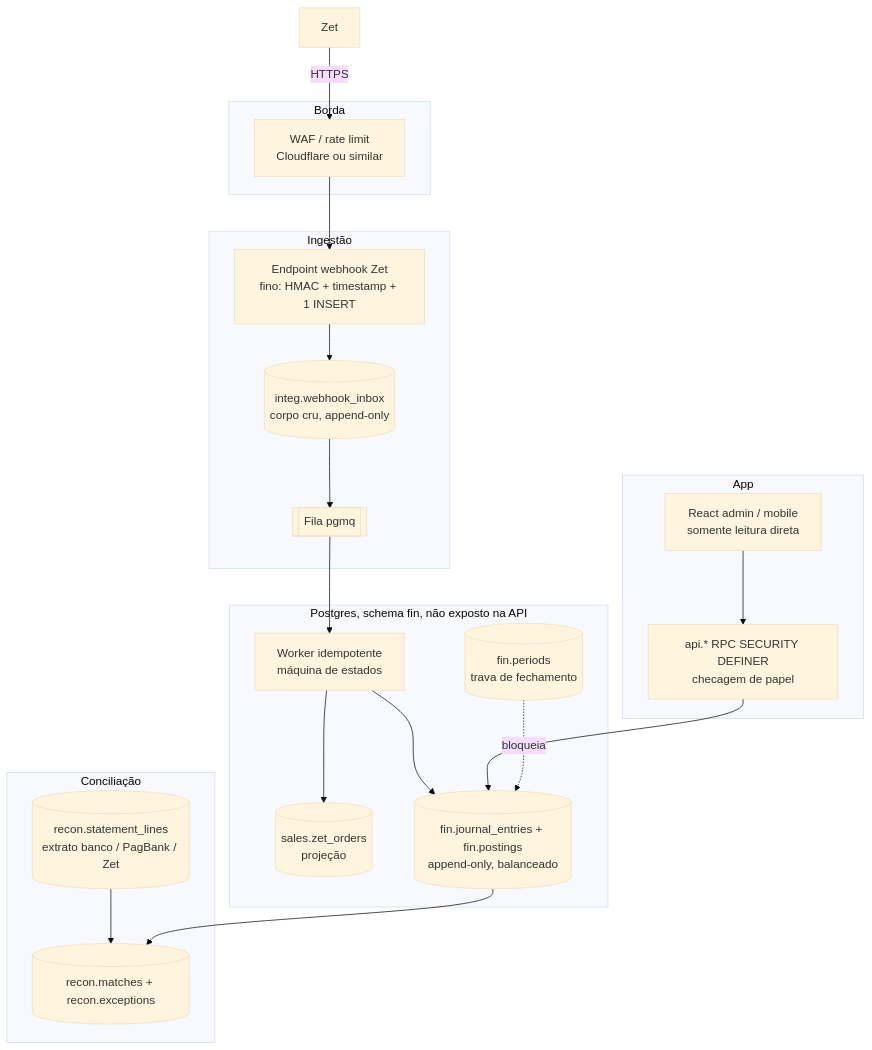
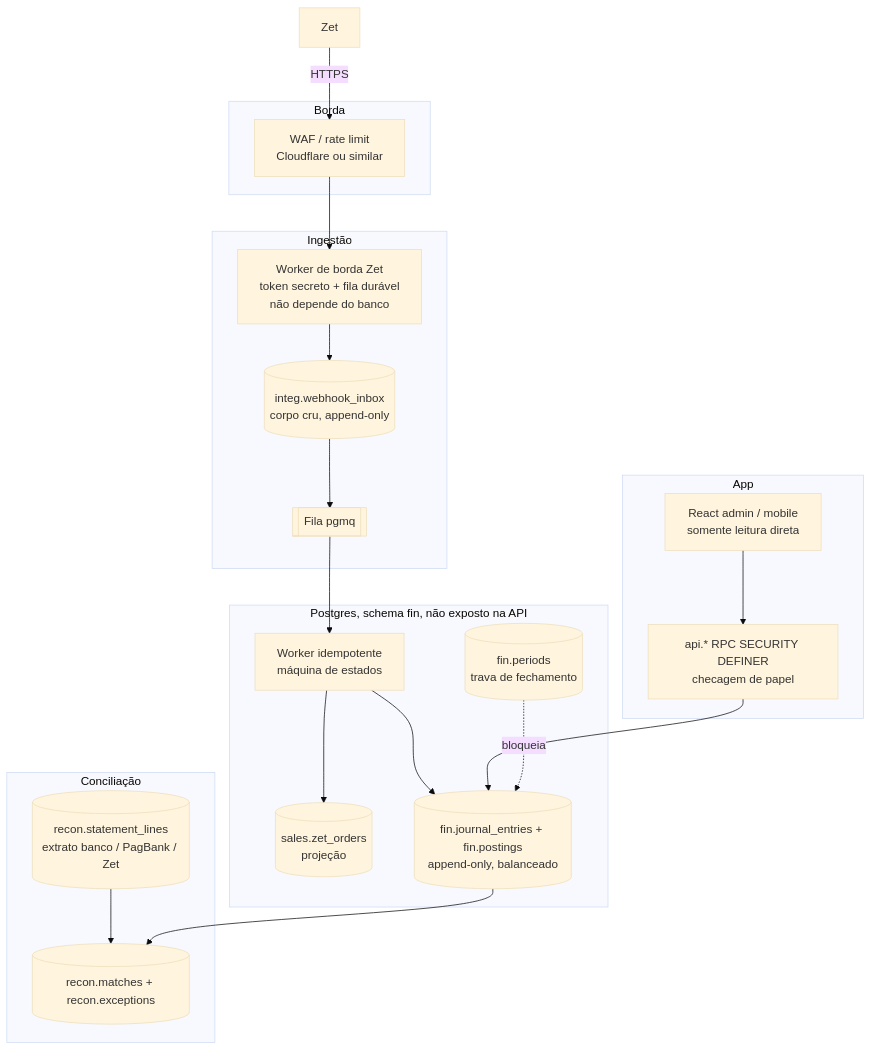
Before and after one commit to rcarvalhocwb/Novo-ruai: the diagram in docs/analise-iluminadarua2025/03-ARQUITETURA-ALVO.md, drawn with Mermaid (base theme). The commit also changed other lines of this file and 8 other files, not shown here.

````diff
--- a/docs/analise-iluminadarua2025/03-ARQUITETURA-ALVO.md
+++ b/docs/analise-iluminadarua2025/03-ARQUITETURA-ALVO.md
@@ -7,32 +7,32 @@
 ```mermaid
 flowchart TB
   subgraph Borda
     CF[WAF / rate limit<br/>Cloudflare ou similar]
   end
   subgraph Ingestão
-    WH[Endpoint webhook Zet<br/>fino: HMAC + timestamp + 1 INSERT]
+    WH[Worker de borda Zet<br/>token secreto + fila durável<br/>não depende do banco]
     IN[(integ.webhook_inbox<br/>corpo cru, append-only)]
     Q[[Fila pgmq]]
   end
   subgraph Núcleo financeiro [Postgres, schema fin, não exposto na API]
     W[Worker idempotente<br/>máquina de estados]
     SO[(sales.zet_orders<br/>projeção)]
     L[(fin.journal_entries + fin.postings<br/>append-only, balanceado)]
     P[(fin.periods<br/>trava de fechamento)]
   end
   subgraph Conciliação
     BS[(recon.statement_lines<br/>extrato banco / PagBank / Zet)]
     RM[(recon.matches + recon.exceptions)]
   end
   subgraph App
     UI[React admin / mobile<br/>somente leitura direta]
     RPC[api.* RPC SECURITY DEFINER<br/>checagem de papel]
   end
   Zet -->|HTTPS| CF --> WH --> IN --> Q --> W
   W --> SO
   W --> L
   UI --> RPC --> L
   BS --> RM
   L --> RM
   P -. bloqueia .-> L
 ```
````
